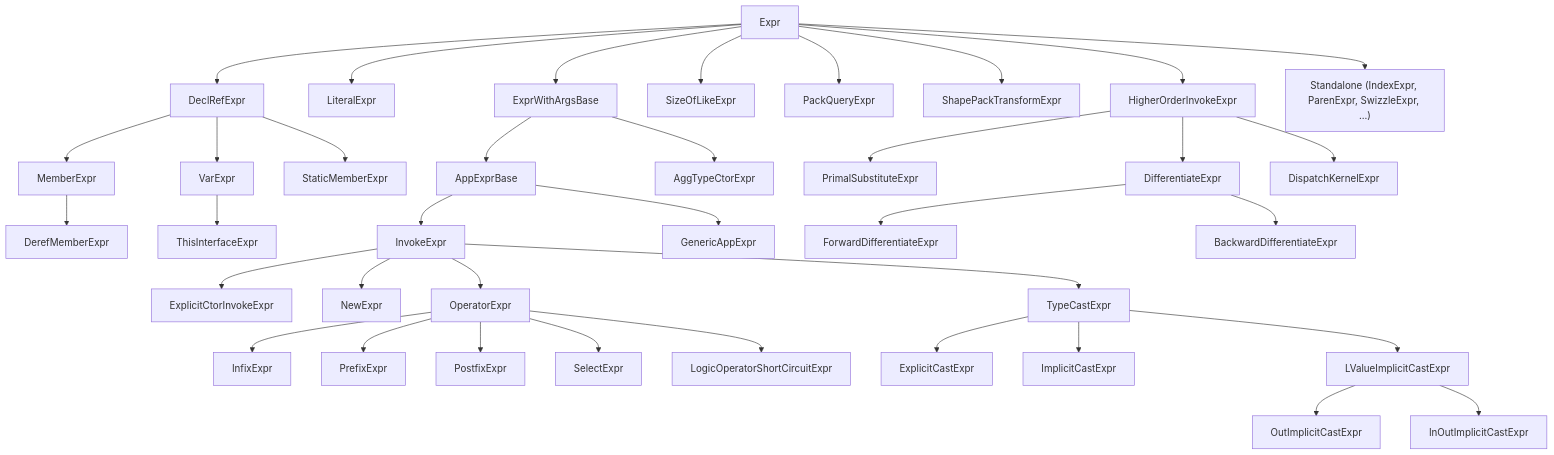
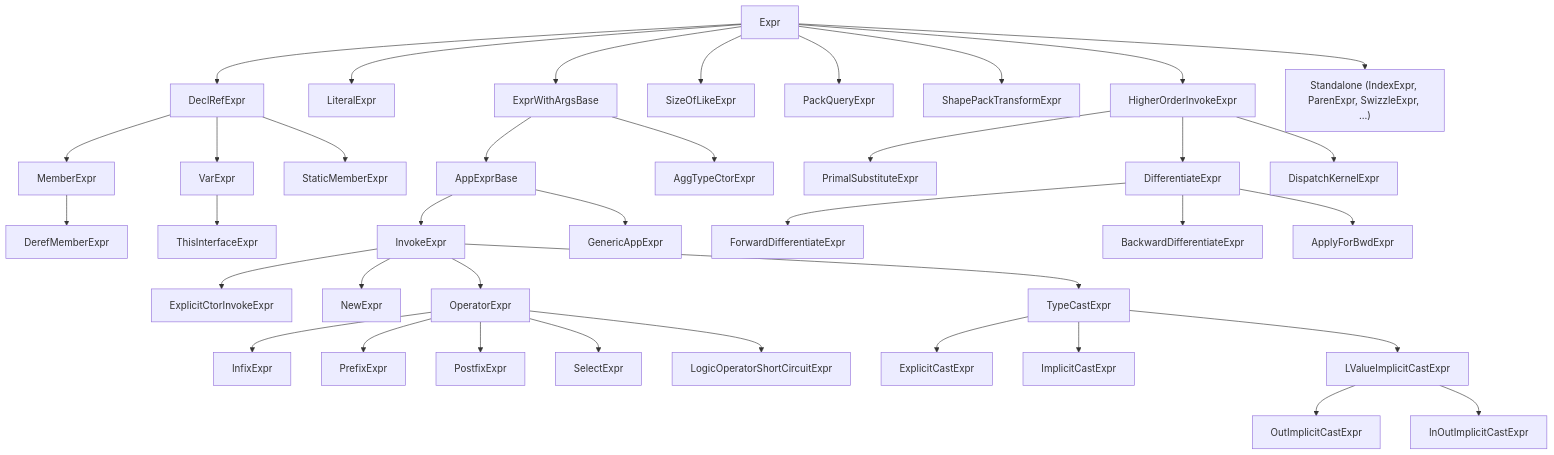
The diagram in docs/generated/design/ast-reference/expressions.md (shader-slang/slang), drawn with Mermaid before and after one commit. The commit also changed other lines of this file and 28 other files, not shown here.

````diff
--- a/docs/generated/design/ast-reference/expressions.md
+++ b/docs/generated/design/ast-reference/expressions.md
@@ -31,39 +31,40 @@
 ```mermaid
 flowchart TD
   Expr --> DeclRefExpr
   Expr --> LiteralExpr
   Expr --> ExprWithArgsBase
   Expr --> SizeOfLikeExpr
   Expr --> PackQueryExpr
   Expr --> ShapePackTransformExpr
   Expr --> HigherOrderInvokeExpr
   Expr --> OtherExpr["Standalone (IndexExpr, ParenExpr, SwizzleExpr, ...)"]
   DeclRefExpr --> VarExpr
   DeclRefExpr --> MemberExpr
   DeclRefExpr --> StaticMemberExpr
   MemberExpr --> DerefMemberExpr
   VarExpr --> ThisInterfaceExpr
   ExprWithArgsBase --> AppExprBase
   ExprWithArgsBase --> AggTypeCtorExpr
   AppExprBase --> InvokeExpr
   AppExprBase --> GenericAppExpr
   InvokeExpr --> ExplicitCtorInvokeExpr
   InvokeExpr --> NewExpr
   InvokeExpr --> OperatorExpr
   InvokeExpr --> TypeCastExpr
   OperatorExpr --> InfixExpr
   OperatorExpr --> PrefixExpr
   OperatorExpr --> PostfixExpr
   OperatorExpr --> SelectExpr
   OperatorExpr --> LogicOperatorShortCircuitExpr
   TypeCastExpr --> ExplicitCastExpr
   TypeCastExpr --> ImplicitCastExpr
   TypeCastExpr --> LValueImplicitCastExpr
   LValueImplicitCastExpr --> OutImplicitCastExpr
   LValueImplicitCastExpr --> InOutImplicitCastExpr
   HigherOrderInvokeExpr --> PrimalSubstituteExpr
   HigherOrderInvokeExpr --> DifferentiateExpr
   HigherOrderInvokeExpr --> DispatchKernelExpr
   DifferentiateExpr --> ForwardDifferentiateExpr
   DifferentiateExpr --> BackwardDifferentiateExpr
+  DifferentiateExpr --> ApplyForBwdExpr
 ```
````
